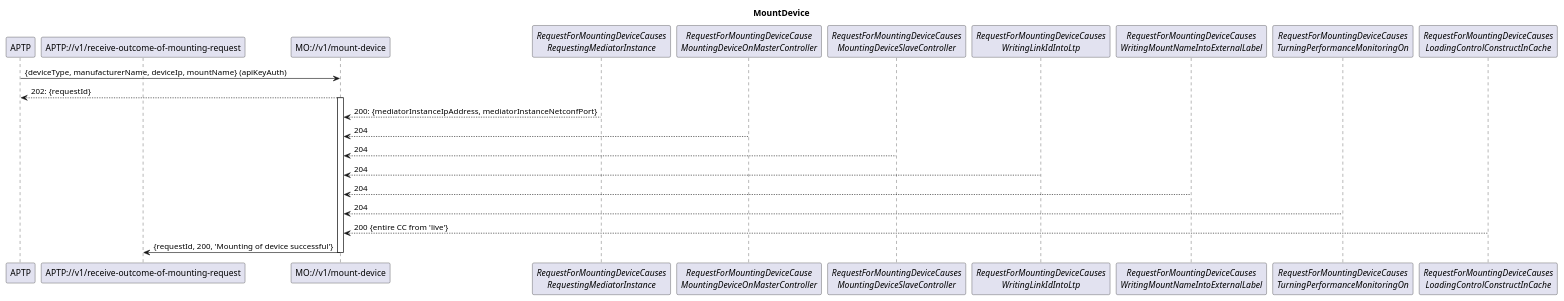
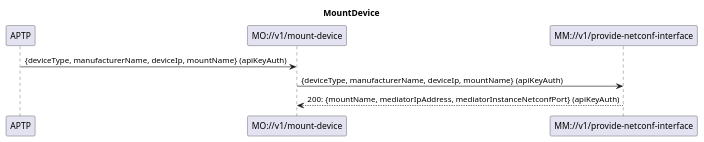
The diagram in spec/diagrams/MountDevice/001_RequestingMediator.plantuml (openBackhaul/MountingOrchestrator), drawn with PlantUML before and after one commit. The commit also changed 1 other file, not shown here.

Commit message:
Update diagrams

```diff
--- a/spec/diagrams/MountDevice/001_RequestingMediator.plantuml
+++ b/spec/diagrams/MountDevice/001_RequestingMediator.plantuml
@@ -1,36 +1,20 @@
 @startuml MountDevice
 skinparam responseMessageBelowArrow true
 
 title
 MountDevice
 end title
 
 participant "APTP" as APTP
-participant "APTP://v1/receive-outcome-of-mounting-request" as APTP_receive
 participant "MO://v1/mount-device" as MO
-participant "<i>RequestForMountingDeviceCauses\n<i>RequestingMediatorInstance</i>" as MM
-participant "<i>RequestForMountingDeviceCause\n<i>MountingDeviceOnMasterController</i>" as ODLM 
-participant "<i>RequestForMountingDeviceCauses\n<i>MountingDeviceSlaveController</i>" as ODLS
-participant "<i>RequestForMountingDeviceCauses\n<i>WritingLinkIdIntoLtp</i>" as LinkId
-participant "<i>RequestForMountingDeviceCauses\n<i>WritingMountNameIntoExternalLabel</i>" as ExternalLabel
-participant "<i>RequestForMountingDeviceCauses\n<i>TurningPerformanceMonitoringOn</i>" as PmOn
-participant "<i>RequestForMountingDeviceCauses\n<i>LoadingControlConstructInCache</i>" as MWDI
+participant "MM://v1/provide-netconf-interface" as MM
+
 
 APTP -> MO: {deviceType, manufacturerName, deviceIp, mountName} (apiKeyAuth)
-MO --> APTP: 202: {requestId}
 
-activate MO
+MO -> MM: {deviceType, manufacturerName, deviceIp, mountName} (apiKeyAuth)
 
-MM --> MO: 200: {mediatorInstanceIpAddress, mediatorInstanceNetconfPort}
-ODLM --> MO: 204
-ODLS --> MO: 204
-LinkId --> MO: 204
-ExternalLabel --> MO: 204
-PmOn --> MO: 204
-MWDI --> MO: 200 {entire CC from 'live'}
+MM --> MO: 200: {mountName, mediatorIpAddress, mediatorInstanceNetconfPort} (apiKeyAuth)
 
-MO -> APTP_receive: {requestId, 200, 'Mounting of device successful'}
-
-deactivate MO
 
 @enduml
```
